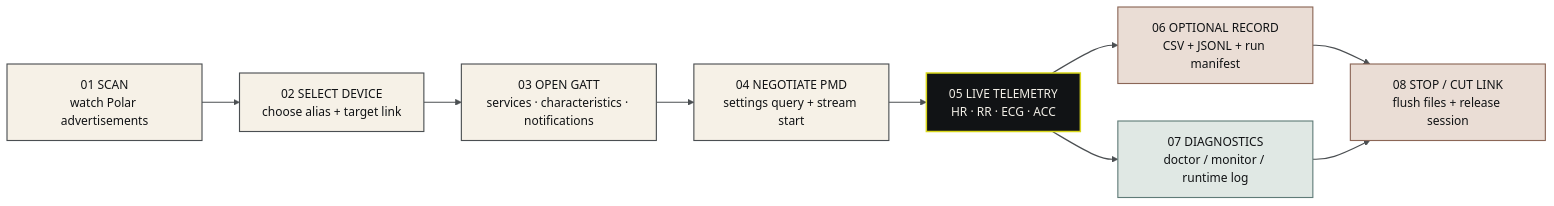
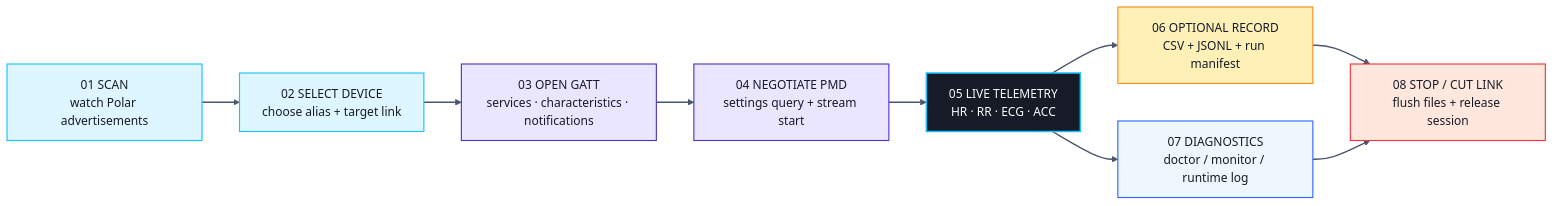
Before and after one commit to MesmerPrism/PolarH10: the diagram in docs/diagrams/session-lifecycle.mmd, drawn with Mermaid. The commit also changed 15 other files, not shown here.

Commit message:
Reframe site around app and intensify diagram palette

```diff
--- a/docs/diagrams/session-lifecycle.mmd
+++ b/docs/diagrams/session-lifecycle.mmd
@@ -1,21 +1,25 @@
 %% Runtime lifecycle from discovery through streaming and capture.
 
 flowchart LR
     S1["01 SCAN<br/>watch Polar advertisements"] --> S2["02 SELECT DEVICE<br/>choose alias + target link"]
     S2 --> S3["03 OPEN GATT<br/>services · characteristics · notifications"]
     S3 --> S4["04 NEGOTIATE PMD<br/>settings query + stream start"]
     S4 --> S5["05 LIVE TELEMETRY<br/>HR · RR · ECG · ACC"]
     S5 --> S6["06 OPTIONAL RECORD<br/>CSV + JSONL + run manifest"]
     S5 --> S7["07 DIAGNOSTICS<br/>doctor / monitor / runtime log"]
     S6 --> S8["08 STOP / CUT LINK<br/>flush files + release session"]
     S7 --> S8
 
-    classDef step fill:#F6F1E7,stroke:#4B4F52,color:#111315,stroke-width:1.5px;
-    classDef active fill:#111315,stroke:#D8D61A,color:#F1EEE6,stroke-width:2px;
-    classDef io fill:#E0E8E4,stroke:#607C78,color:#111315,stroke-width:1.5px;
-    classDef output fill:#EADDD5,stroke:#8B6656,color:#111315,stroke-width:1.5px;
-    class S1,S2,S3,S4 step;
+    classDef acquire fill:#DDF6FF,stroke:#18C2FF,color:#171B27,stroke-width:1.5px;
+    classDef link fill:#EAE6FF,stroke:#4E35C5,color:#171B27,stroke-width:1.5px;
+    classDef active fill:#171B27,stroke:#18C2FF,color:#F7FBFC,stroke-width:2px;
+    classDef record fill:#FFF0B8,stroke:#FF8A1A,color:#171B27,stroke-width:1.5px;
+    classDef diagnostics fill:#EEF7FC,stroke:#2E66FF,color:#171B27,stroke-width:1.5px;
+    classDef stop fill:#FFE7DD,stroke:#F0343C,color:#171B27,stroke-width:1.5px;
+    class S1,S2 acquire;
+    class S3,S4 link;
     class S5 active;
-    class S7 io;
-    class S6,S8 output;
-    linkStyle default stroke:#4B4F52,stroke-width:1.6px;
+    class S6 record;
+    class S7 diagnostics;
+    class S8 stop;
+    linkStyle default stroke:#4B556D,stroke-width:1.8px;
```
